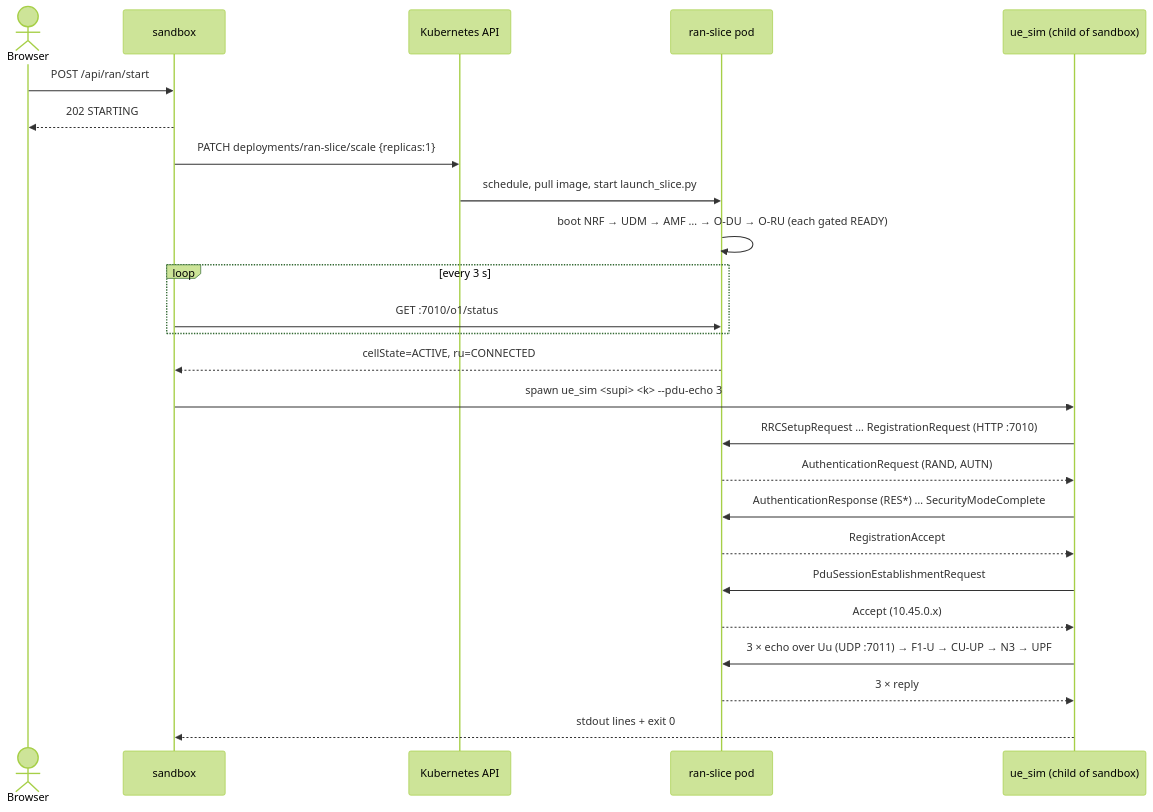
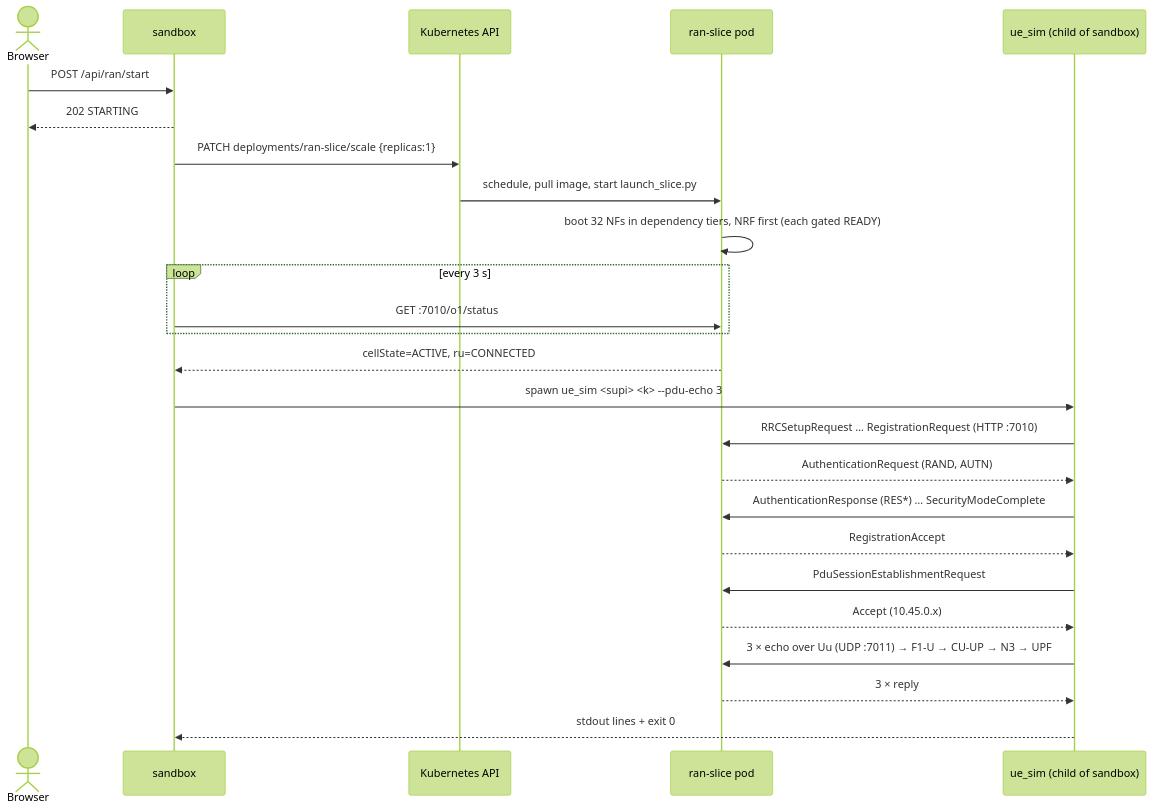
Before and after one commit to dkypuros/multivendor-agentic-rca: the second of 3 diagrams in docs/architecture.md, drawn with Mermaid (forest theme). The commit also changed other lines of this file and 43 other files, not shown here.

````diff
--- a/docs/architecture.md
+++ b/docs/architecture.md
@@ -48,27 +48,27 @@
 ```mermaid
 sequenceDiagram
     actor U as Browser
     participant SB as sandbox
     participant K as Kubernetes API
     participant S as ran-slice pod
     participant UE as ue_sim (child of sandbox)
     U->>SB: POST /api/ran/start
     SB-->>U: 202 STARTING
     SB->>K: PATCH deployments/ran-slice/scale {replicas:1}
     K->>S: schedule, pull image, start launch_slice.py
-    S->>S: boot NRF → UDM → AMF … → O-DU → O-RU (each gated READY)
+    S->>S: boot 32 NFs in dependency tiers, NRF first (each gated READY)
     loop every 3 s
         SB->>S: GET :7010/o1/status
     end
     S-->>SB: cellState=ACTIVE, ru=CONNECTED
     SB->>UE: spawn ue_sim <supi> <k> --pdu-echo 3
     UE->>S: RRCSetupRequest … RegistrationRequest (HTTP :7010)
     S-->>UE: AuthenticationRequest (RAND, AUTN)
     UE->>S: AuthenticationResponse (RES*) … SecurityModeComplete
     S-->>UE: RegistrationAccept
     UE->>S: PduSessionEstablishmentRequest
     S-->>UE: Accept (10.45.0.x)
     UE->>S: 3 × echo over Uu (UDP :7011) → F1-U → CU-UP → N3 → UPF
     S-->>UE: 3 × reply
     UE-->>SB: stdout lines + exit 0
 ```
````
